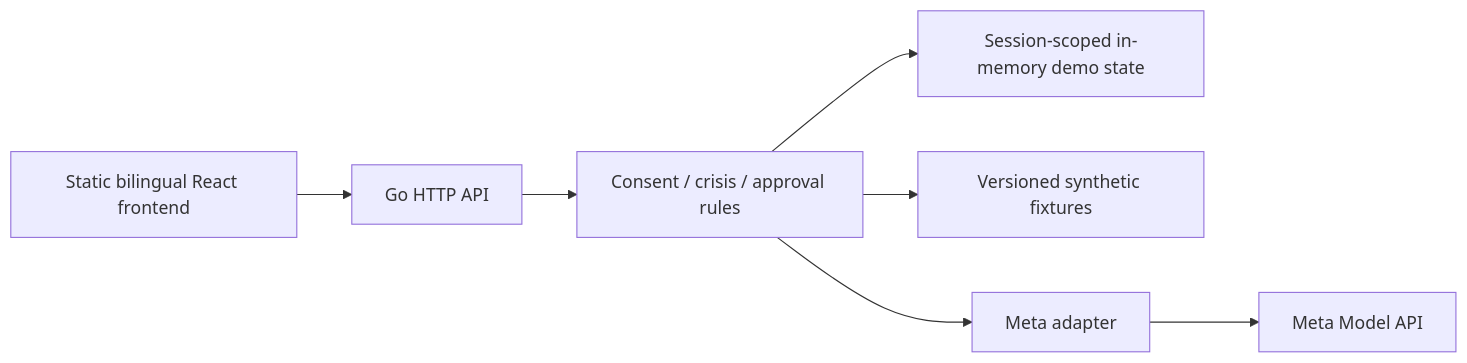
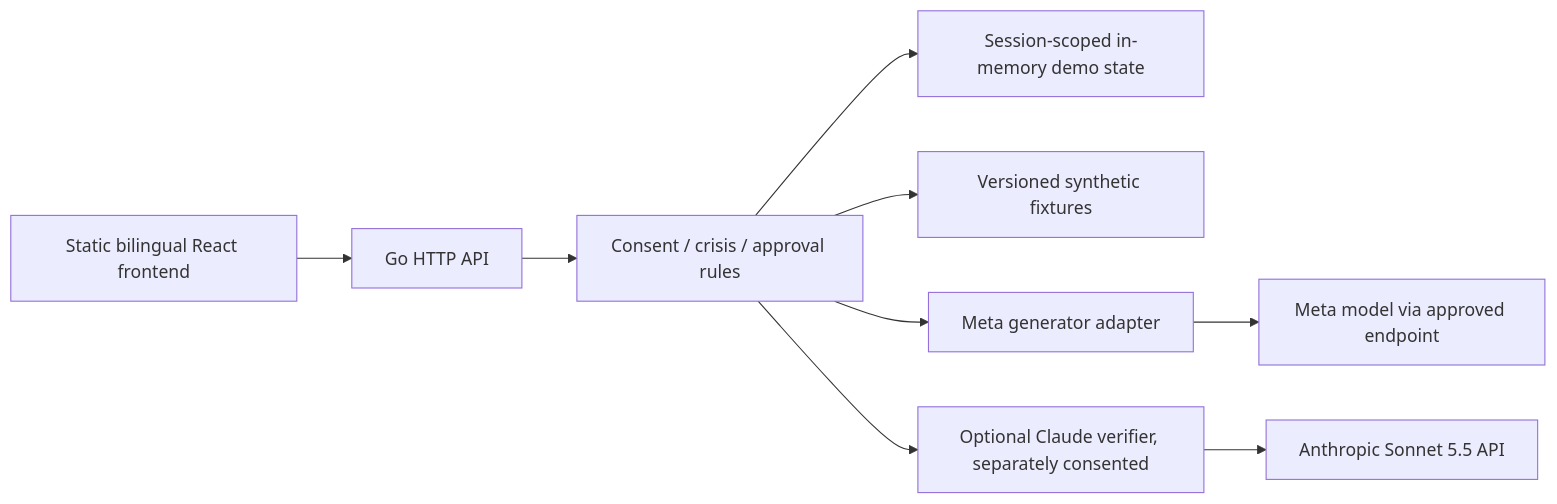
The diagram in docs/ARCHITECTURE.md (YanIanZ/sela), drawn with Mermaid before and after one commit. The commit also changed other lines of this file, not shown here.

Commit message:
docs: align Sela spec and AI boundaries with optional Sonnet verifier

````diff
--- a/docs/ARCHITECTURE.md
+++ b/docs/ARCHITECTURE.md
@@ -7,9 +7,11 @@
 ```mermaid
 flowchart LR
     UI[Static bilingual React frontend] --> API[Go HTTP API]
     API --> RULES[Consent / crisis / approval rules]
     RULES --> STORE[Session-scoped in-memory demo state]
     RULES --> FIX[Versioned synthetic fixtures]
-    RULES --> META[Meta adapter]
-    META --> CLOUD[Meta Model API]
+    RULES --> META[Meta generator adapter]
+    META --> CLOUD[Meta model via approved endpoint]
+    RULES --> VERIFY[Optional Claude verifier, separately consented]
+    VERIFY --> ANTHROPIC[Anthropic Sonnet 5.5 API]
 ```
````
